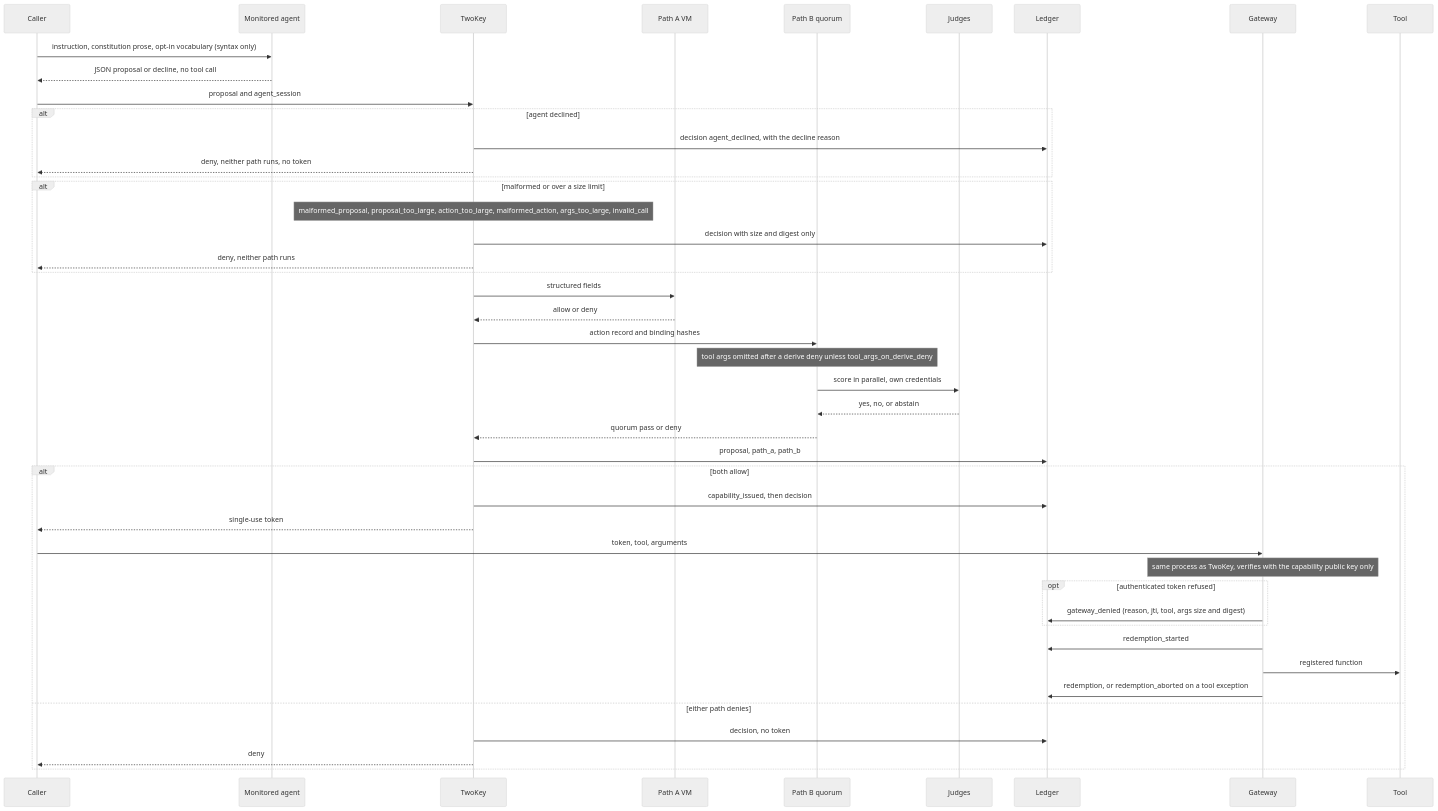
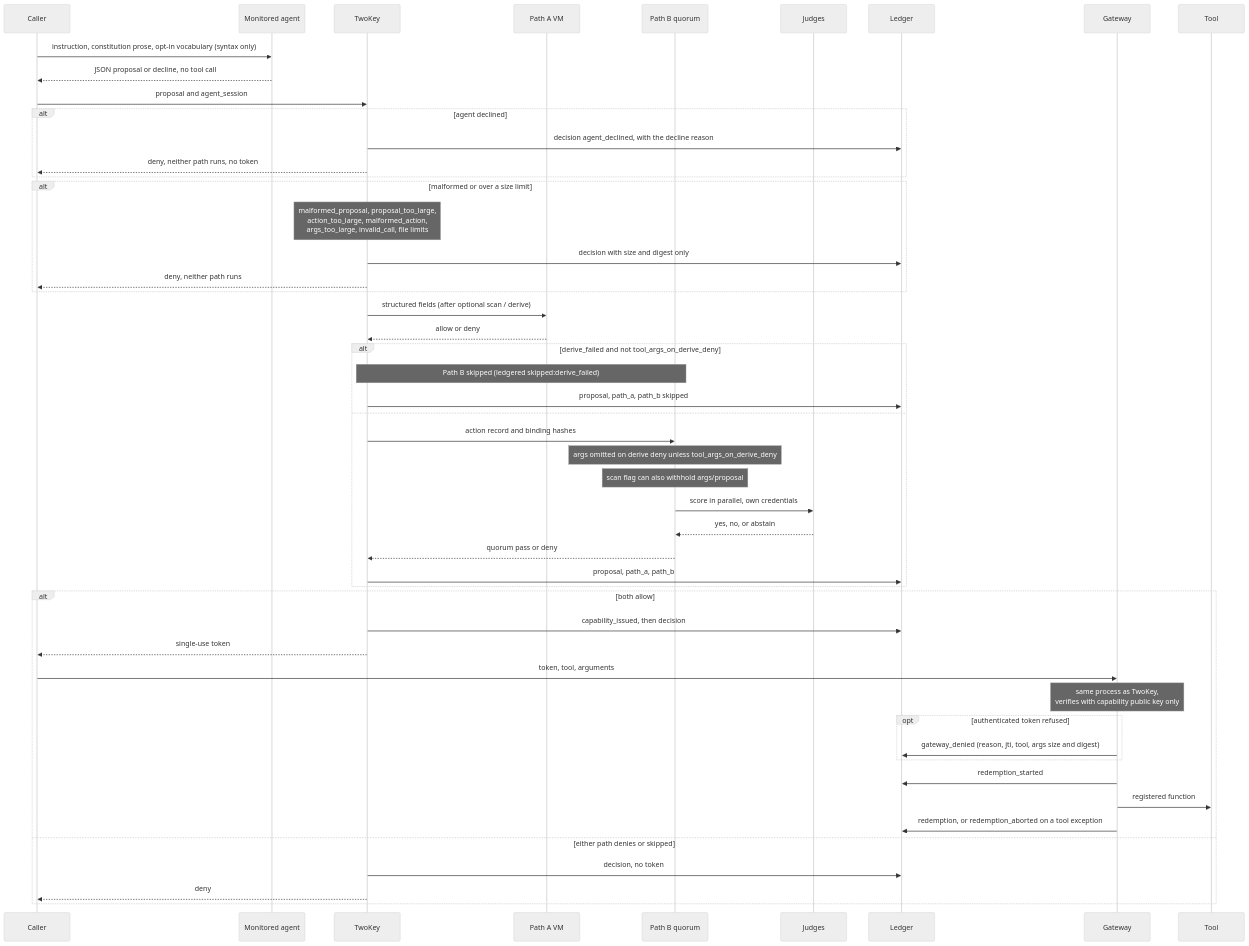
One commit to Insomniac-VibeLabs/two-key changed the third of 4 diagrams in README.md. Above: the diagram before and after it, drawn with Mermaid (neutral theme).

````diff
--- a/README.md
+++ b/README.md
@@ -416,48 +416,54 @@
 ```mermaid
 sequenceDiagram
   participant Caller
   participant Agent as Monitored agent
   participant TwoKey
   participant PathA as Path A VM
   participant PathB as Path B quorum
   participant Judge as Judges
   participant Ledger
   participant Gateway
   participant Tool
 
   Caller->>Agent: instruction, constitution prose, opt-in vocabulary (syntax only)
   Agent-->>Caller: JSON proposal or decline, no tool call
   Caller->>TwoKey: proposal and agent_session
   alt agent declined
     TwoKey->>Ledger: decision agent_declined, with the decline reason
     TwoKey-->>Caller: deny, neither path runs, no token
   end
   alt malformed or over a size limit
-    Note over TwoKey: malformed_proposal, proposal_too_large, action_too_large, malformed_action, args_too_large, invalid_call
+    Note over TwoKey: malformed_proposal, proposal_too_large,<br/>action_too_large, malformed_action,<br/>args_too_large, invalid_call, file limits
     TwoKey->>Ledger: decision with size and digest only
     TwoKey-->>Caller: deny, neither path runs
   end
-  TwoKey->>PathA: structured fields
+  TwoKey->>PathA: structured fields (after optional scan / derive)
   PathA-->>TwoKey: allow or deny
-  TwoKey->>PathB: action record and binding hashes
-  Note over PathB: tool args omitted after a derive deny unless tool_args_on_derive_deny
-  PathB->>Judge: score in parallel, own credentials
-  Judge-->>PathB: yes, no, or abstain
-  PathB-->>TwoKey: quorum pass or deny
-  TwoKey->>Ledger: proposal, path_a, path_b
+  alt derive_failed and not tool_args_on_derive_deny
+    Note over TwoKey,PathB: Path B skipped (ledgered skipped:derive_failed)
+    TwoKey->>Ledger: proposal, path_a, path_b skipped
+  else
+    TwoKey->>PathB: action record and binding hashes
+    Note over PathB: args omitted on derive deny unless tool_args_on_derive_deny
+    Note over PathB: scan flag can also withhold args/proposal
+    PathB->>Judge: score in parallel, own credentials
+    Judge-->>PathB: yes, no, or abstain
+    PathB-->>TwoKey: quorum pass or deny
+    TwoKey->>Ledger: proposal, path_a, path_b
+  end
   alt both allow
     TwoKey->>Ledger: capability_issued, then decision
     TwoKey-->>Caller: single-use token
     Caller->>Gateway: token, tool, arguments
-    Note over Gateway: same process as TwoKey, verifies with the capability public key only
+    Note over Gateway: same process as TwoKey,<br/>verifies with capability public key only
     opt authenticated token refused
       Gateway->>Ledger: gateway_denied (reason, jti, tool, args size and digest)
     end
     Gateway->>Ledger: redemption_started
     Gateway->>Tool: registered function
     Gateway->>Ledger: redemption, or redemption_aborted on a tool exception
-  else either path denies
+  else either path denies or skipped
     TwoKey->>Ledger: decision, no token
     TwoKey-->>Caller: deny
   end
 ```
````
